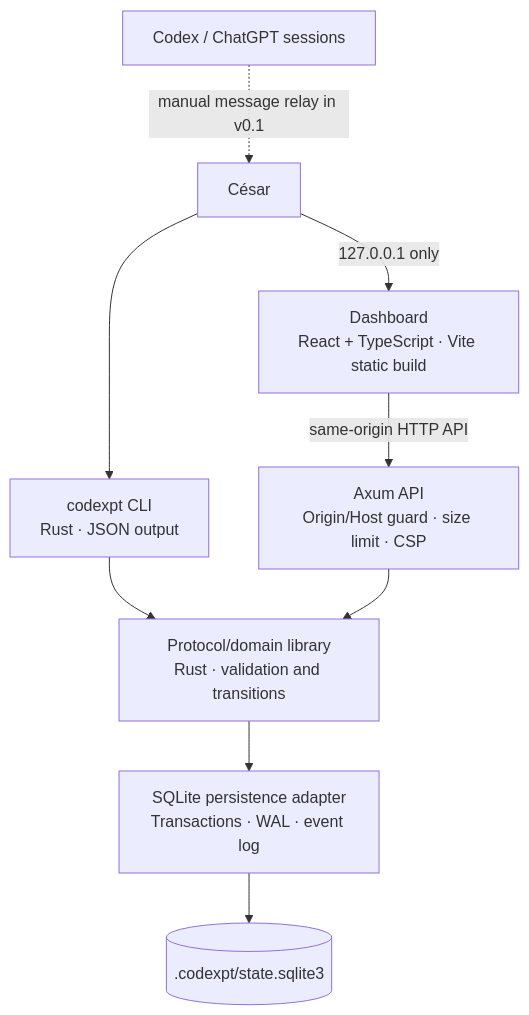
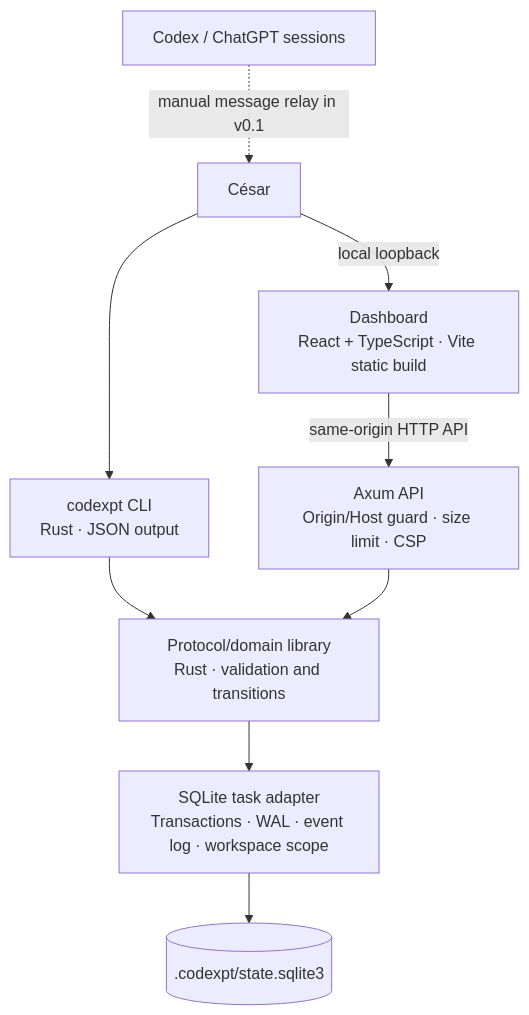
Before and after one commit to CyberStill-GmbH/codexpt: the second of 4 diagrams in docs/architecture/C4.md, drawn with Mermaid. The commit also changed other lines of this file and 50 other files, not shown here.

````diff
--- a/docs/architecture/C4.md
+++ b/docs/architecture/C4.md
@@ -28,11 +28,11 @@
 ```mermaid
 flowchart TB
     User["César"] --> CLI["codexpt CLI\nRust · JSON output"]
-    User -->|127.0.0.1 only| UI["Dashboard\nReact + TypeScript · Vite static build"]
+    User -->|local loopback| UI["Dashboard\nReact + TypeScript · Vite static build"]
     UI -->|same-origin HTTP API| API["Axum API\nOrigin/Host guard · size limit · CSP"]
     CLI --> Core["Protocol/domain library\nRust · validation and transitions"]
     API --> Core
-    Core --> Store["SQLite persistence adapter\nTransactions · WAL · event log"]
+    Core --> Store["SQLite task adapter\nTransactions · WAL · event log · workspace scope"]
     Store --> DB[(".codexpt/state.sqlite3")]
     Agent["Codex / ChatGPT sessions"] -. "manual message relay in v0.1" .-> User
 ```
````
